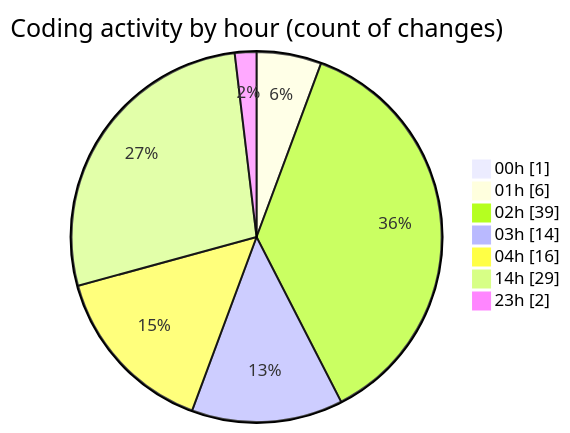
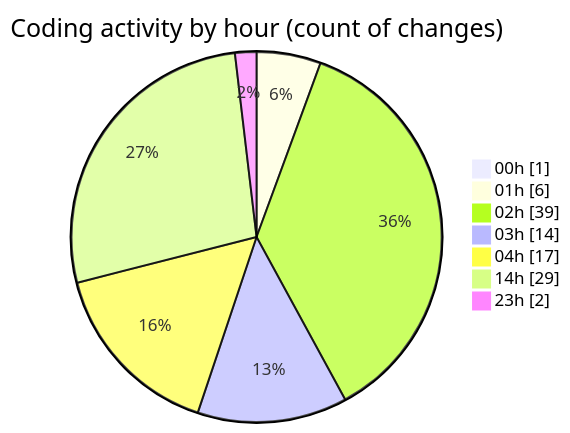
The second of 2 diagrams in 2025-02-19/masm/README.md (charlie-sans/code-tracking), drawn with Mermaid before and after one commit. The commit also changed other lines of this file and 1 other file, not shown here.

````diff
--- a/2025-02-19/masm/README.md
+++ b/2025-02-19/masm/README.md
@@ -50,11 +50,11 @@
 ```mermaid
 pie showData
 title Coding activity by hour (count of changes)
 "00h" : 1
 "01h" : 6
 "02h" : 39
 "03h" : 14
-"04h" : 16
+"04h" : 17
 "14h" : 29
 "23h" : 2
 ```
````
